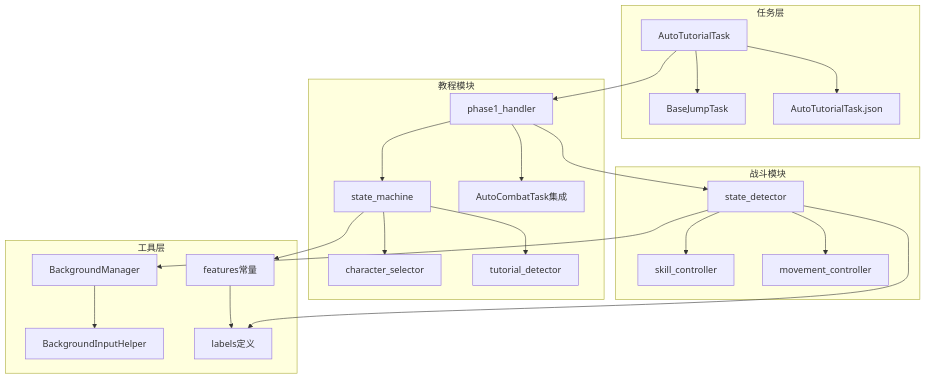
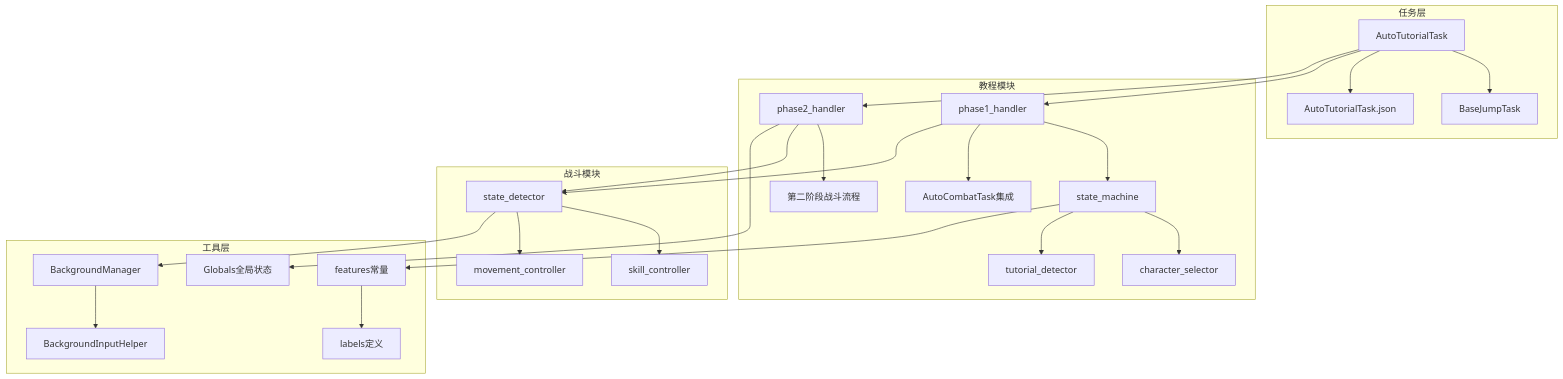
The first of 10 diagrams in .qoder/repowiki/zh/content/Auto Tutorial Task.md (xsy098-max/ok-jump), drawn with Mermaid before and after one commit. The commit also changed other lines of this file and 17 other files, not shown here.

````diff
--- a/.qoder/repowiki/zh/content/Auto Tutorial Task.md
+++ b/.qoder/repowiki/zh/content/Auto Tutorial Task.md
@@ -50,26 +54,30 @@
 ```mermaid
 graph TB
 subgraph "任务层"
 A[AutoTutorialTask] --> B[BaseJumpTask]
 A --> C[AutoTutorialTask.json]
 end
 subgraph "教程模块"
 D[state_machine] --> E[character_selector]
 D --> F[tutorial_detector]
 G[phase1_handler] --> D
 G --> H[AutoCombatTask集成]
+I[phase2_handler] --> J[第二阶段战斗流程]
 end
 subgraph "战斗模块"
-I[state_detector] --> J[skill_controller]
-I --> K[movement_controller]
+K[state_detector] --> L[skill_controller]
+K --> M[movement_controller]
 end
 subgraph "工具层"
-L[BackgroundManager] --> M[BackgroundInputHelper]
-N[features常量] --> O[labels定义]
+N[BackgroundManager] --> O[BackgroundInputHelper]
+P[features常量] --> Q[labels定义]
+R[Globals全局状态]
 end
 A --> G
-G --> I
-I --> L
-D --> N
-I --> O
+A --> I
+G --> K
+I --> K
+K --> N
+D --> P
+I --> R
 ```
````
